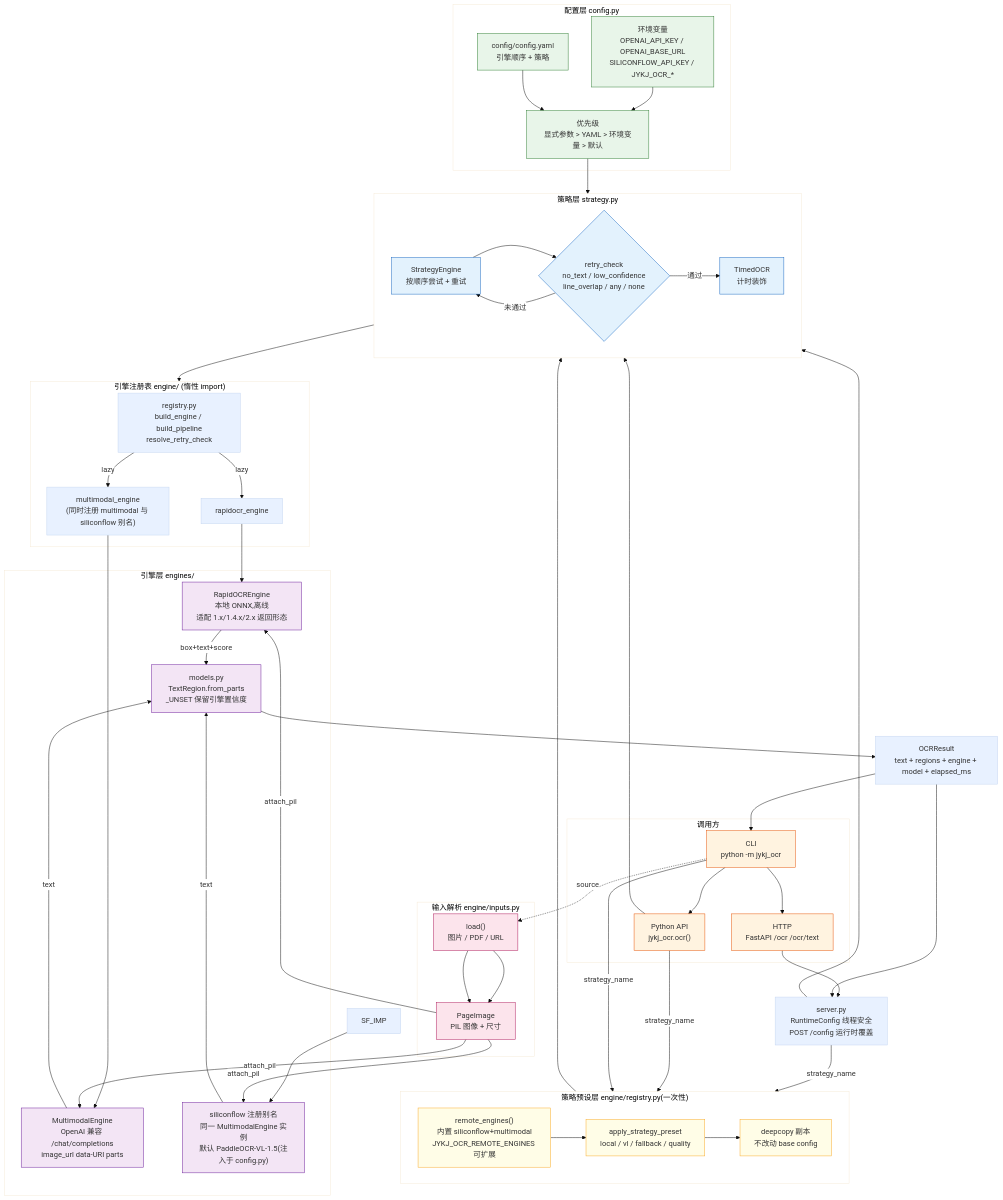
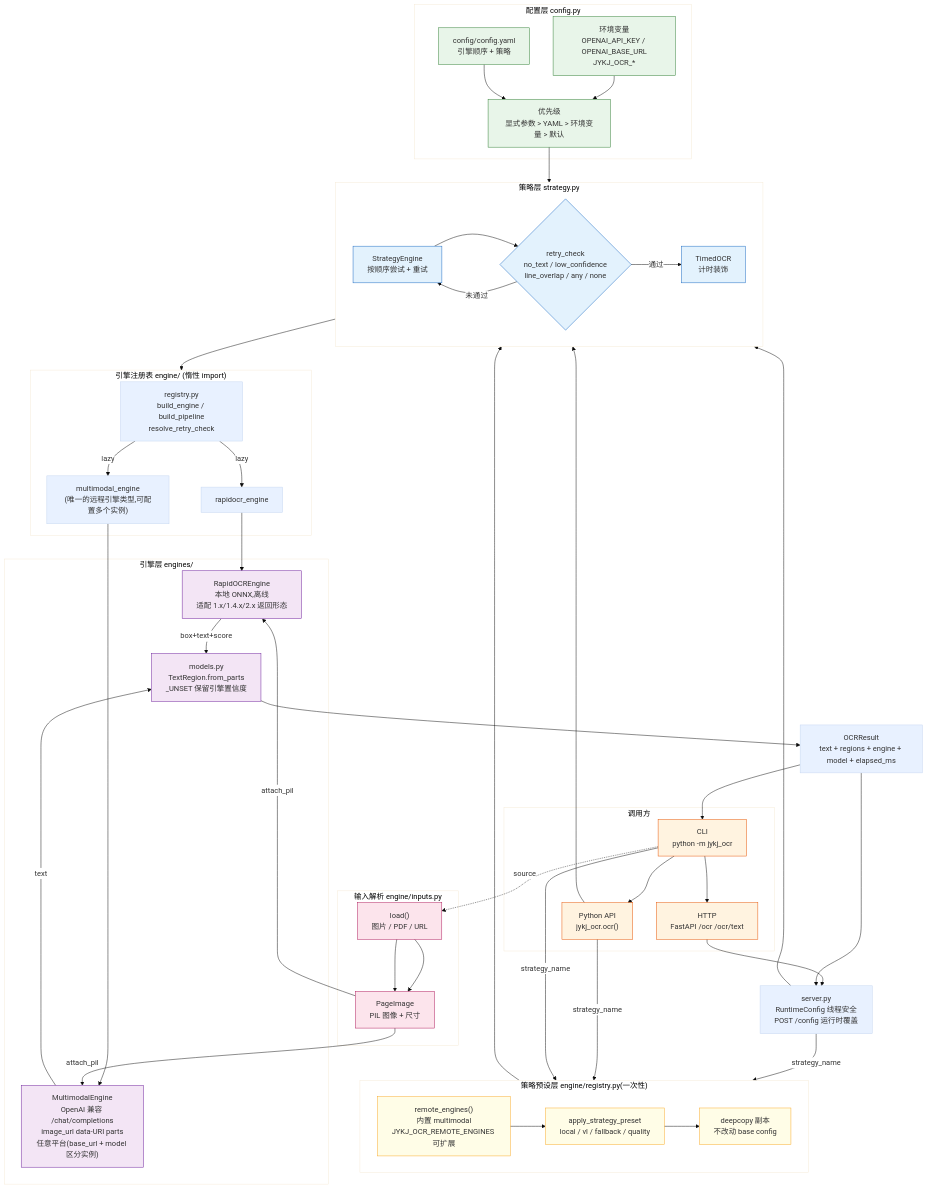
Before and after one commit to yejinlei/jykj-ocr: the diagram in docs/architecture.mmd, drawn with Mermaid. The commit also changed 29 other files, not shown here.

First line of the commit message:
refactor: siliconflow 彻底降级为 multimodal 的平台示例,统一到通用环境变量

```diff
--- a/docs/architecture.mmd
+++ b/docs/architecture.mmd
@@ -1,93 +1,89 @@
 %%{init: {"theme": "base", "themeVariables": {"primaryColor": "#e8f1ff", "edgeLabelBackground": "#ffffff", "fontFamily": "SimHei, Microsoft YaHei, sans-serif"}}}%%
 flowchart TB
 
     subgraph CLIENT["调用方"]
         CLI["CLI<br/>python -m jykj_ocr"]
         PYAPI["Python API<br/>jykj_ocr.ocr()"]
         HTTP["HTTP<br/>FastAPI /ocr /ocr/text"]
     end
 
     subgraph CONFIG["配置层 config.py"]
-        ENV["环境变量<br/>OPENAI_API_KEY / OPENAI_BASE_URL<br/>SILICONFLOW_API_KEY / JYKJ_OCR_*"]
+        ENV["环境变量<br/>OPENAI_API_KEY / OPENAI_BASE_URL<br/>JYKJ_OCR_*"]
         YAML["config/config.yaml<br/>引擎顺序 + 策略"]
         PREC["优先级<br/>显式参数 > YAML > 环境变量 > 默认"]
         ENV --> PREC
         YAML --> PREC
     end
 
     subgraph PRESET["策略预设层 engine/registry.py(一次性)"]
         APPLY["apply_strategy_preset<br/>local / vl / fallback / quality"]
-        REMOTE["remote_engines()<br/>内置 siliconflow+multimodal<br/>JYKJ_OCR_REMOTE_ENGINES 可扩展"]
+        REMOTE["remote_engines()<br/>内置 multimodal<br/>JYKJ_OCR_REMOTE_ENGINES 可扩展"]
         ONESHOT["deepcopy 副本<br/>不改动 base config"]
         APPLY --> ONESHOT
         REMOTE --> APPLY
     end
 
     subgraph ORCH["策略层 strategy.py"]
         STRAT["StrategyEngine<br/>按顺序尝试 + 重试"]
         RETRY{"retry_check<br/>no_text / low_confidence<br/>line_overlap / any / none"}
         TIMED["TimedOCR<br/>计时装饰"]
         STRAT --> RETRY
         RETRY -->|未通过| STRAT
         RETRY -->|通过| TIMED
     end
 
     subgraph REG["引擎注册表 engine/ (惰性 import)"]
         REGISTRY["registry.py<br/>build_engine / build_pipeline<br/>resolve_retry_check"]
         REGISTRY -->|lazy| RAPID_IMP["rapidocr_engine"]
-        REGISTRY -->|lazy| MULTI_IMP["multimodal_engine<br/>(同时注册 multimodal 与 siliconflow 别名)"]
+        REGISTRY -->|lazy| MULTI_IMP["multimodal_engine<br/>(唯一的远程引擎类型,可配置多个实例)"]
     end
 
     subgraph ENGINES["引擎层 engines/"]
         RAPID["RapidOCREngine<br/>本地 ONNX,离线<br/>适配 1.x/1.4.x/2.x 返回形态"]
-        MULTI["MultimodalEngine<br/>OpenAI 兼容 /chat/completions<br/>image_url data-URI parts"]
-        SF["siliconflow 注册别名<br/>同一 MultimodalEngine 实例<br/>默认 PaddleOCR-VL-1.5(注入于 config.py)"]
+        MULTI["MultimodalEngine<br/>OpenAI 兼容 /chat/completions<br/>image_url data-URI parts<br/>任意平台(base_url + model 区分实例)"]
         RAPID -->|box+text+score| MODELS_MOD["models.py<br/>TextRegion.from_parts<br/>_UNSET 保留引擎置信度"]
         MULTI -->|text| MODELS_MOD
-        SF -->|text| MODELS_MOD
     end
 
     subgraph INPUT["输入解析 engine/inputs.py"]
         LOAD["load()<br/>图片 / PDF / URL"]
         PAGE["PageImage<br/>PIL 图像 + 尺寸"]
         LOAD --> PAGE
     end
 
     CLI --> PYAPI
     CLI --> HTTP
     HTTP --> SERV["server.py<br/>RuntimeConfig 线程安全<br/>POST /config 运行时覆盖"]
     SERV -->|strategy_name| PRESET
     PYAPI -->|strategy_name| PRESET
     CLI -->|strategy_name| PRESET
     PRESET --> ORCH
     SERV --> ORCH
     PYAPI --> ORCH
     PREC --> ORCH
 
     ORCH --> REG
     RAPID_IMP --> RAPID
     MULTI_IMP --> MULTI
-    SF_IMP --> SF
 
     CLI -.->|source| LOAD
     LOAD --> PAGE
     PAGE -->|attach_pil| RAPID
     PAGE -->|attach_pil| MULTI
-    PAGE -->|attach_pil| SF
 
     MODELS_MOD --> OUT["OCRResult<br/>text + regions + engine + model + elapsed_ms"]
     OUT --> CLI
     OUT --> SERV
 
     classDef client fill:#fff3e0,stroke:#e65100
     classDef config fill:#e8f5e9,stroke:#2e7d32
     classDef preset fill:#fffde7,stroke:#f9a825
     classDef orch fill:#e3f2fd,stroke:#1565c0
     classDef eng fill:#f3e5f5,stroke:#6a1b9a
     classDef input fill:#fce4ec,stroke:#ad1457
     class CLI,PYAPI,HTTP client
     class ENV,YAML,PREC config
     class APPLY,REMOTE,ONESHOT preset
     class STRAT,RETRY,TIMED orch
-    class RAPID,MULTI,SF,MODELS_MOD eng
+    class RAPID,MULTI,MODELS_MOD eng
     class LOAD,PAGE input
```
